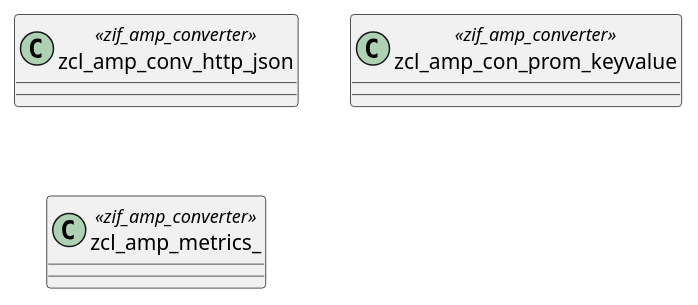
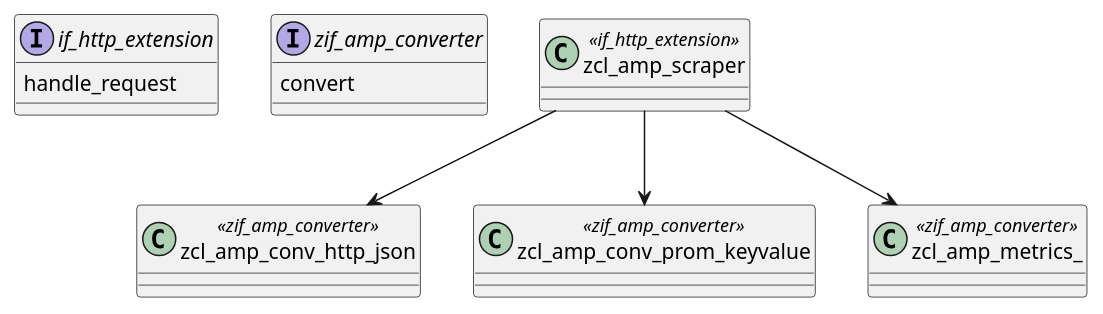
Before and after one commit to abap-observability-tools/abap-metrics-provider: the second of 2 diagrams in architecture/architecture_class.plantuml, drawn with PlantUML. The commit also changed 4 other files, not shown here.

Commit message:
scraper architecture extended

```diff
--- a/architecture/architecture_class.plantuml
+++ b/architecture/architecture_class.plantuml
@@ -23,7 +23,21 @@
-@startuml converter
+@startuml scraper
+
+
+interface if_http_extension{
+  handle_request
+}
+interface zif_amp_converter{
+  convert
+}
+
+class zcl_amp_scraper <<if_http_extension>>
 
 class zcl_amp_conv_http_json <<zif_amp_converter>>
-class zcl_amp_con_prom_keyvalue <<zif_amp_converter>>
+class zcl_amp_conv_prom_keyvalue <<zif_amp_converter>>
 class zcl_amp_metrics_ <<zif_amp_converter>>
 
+zcl_amp_scraper --> zcl_amp_conv_http_json
+zcl_amp_scraper --> zcl_amp_conv_prom_keyvalue
+zcl_amp_scraper --> zcl_amp_metrics_
+
 @enduml
```
